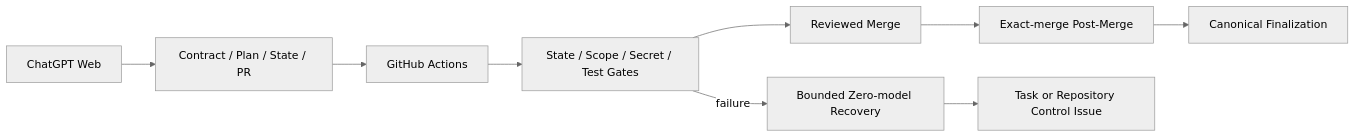
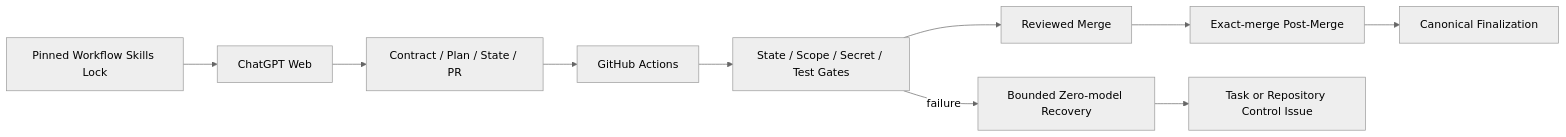
Before and after one commit to BullbaseGuy/demo-project: the diagram in README.md, drawn with Mermaid (neutral theme). The commit also changed other lines of this file, not shown here.

Commit message:
docs: expose pinned workflow skills from scaffold entry

````diff
--- a/README.md
+++ b/README.md
@@ -62,11 +67,12 @@
 ```mermaid
 flowchart LR
     W[ChatGPT Web] --> S[Contract / Plan / State / PR]
+    K[Pinned Workflow Skills Lock] --> W
     S --> A[GitHub Actions]
     A --> G[State / Scope / Secret / Test Gates]
     G --> M[Reviewed Merge]
     M --> P[Exact-merge Post-Merge]
     P --> F[Canonical Finalization]
     G -->|failure| R[Bounded Zero-model Recovery]
     R --> I[Task or Repository Control Issue]
 ```
````
